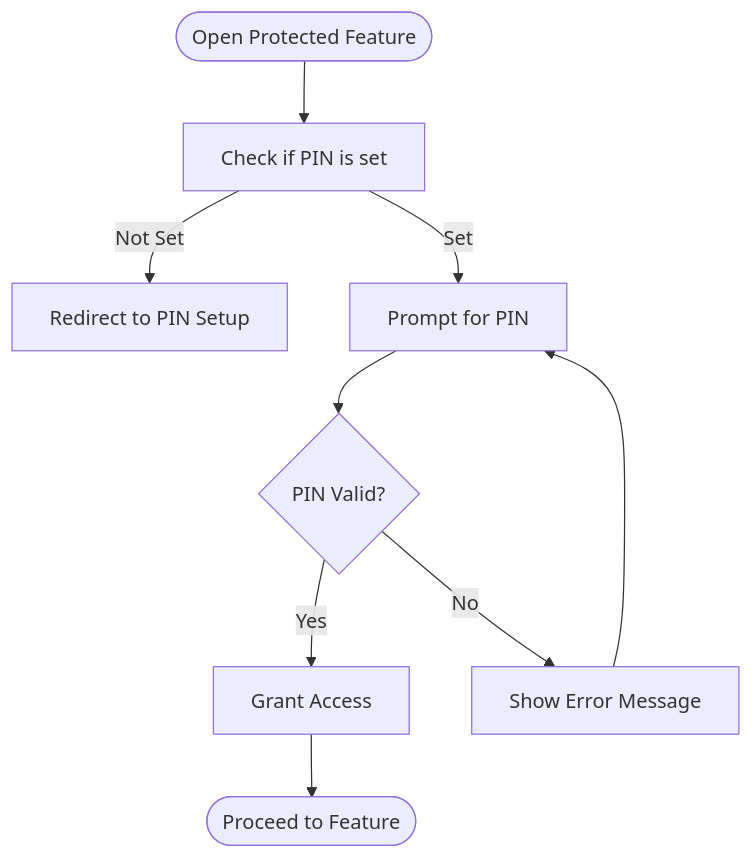
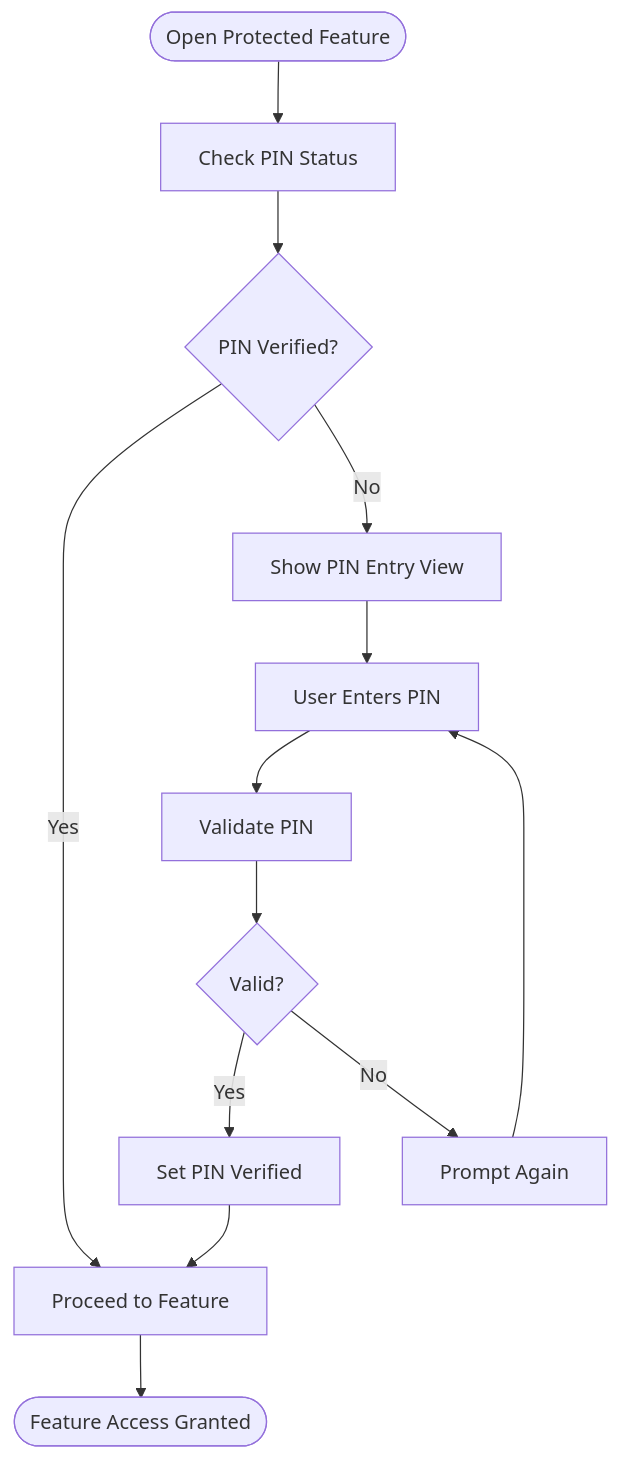
Before and after one commit to weiserman/ahm-gr-scanner-light-mode: the fourth of 6 diagrams in .qoder/repowiki/en/content/Project Overview.md, drawn with Mermaid. The commit also changed other lines of this file and 183 other files, not shown here.

````diff
--- a/.qoder/repowiki/en/content/Project Overview.md
+++ b/.qoder/repowiki/en/content/Project Overview.md
@@ -213,11 +240,15 @@
 ```mermaid
 flowchart TD
-Start(["Open Protected Feature"]) --> CheckPIN["Check if PIN is set"]
-CheckPIN --> |Not Set| SetupPIN["Redirect to PIN Setup"]
-CheckPIN --> |Set| PromptPIN["Prompt for PIN"]
-PromptPIN --> Validate{"PIN Valid?"}
-Validate --> |Yes| GrantAccess["Grant Access"]
-Validate --> |No| ShowError["Show Error Message"]
-ShowError --> PromptPIN
-GrantAccess --> End(["Proceed to Feature"])
+Start(["Open Protected Feature"]) --> CheckPIN["Check PIN Status"]
+CheckPIN --> HasPIN{"PIN Verified?"}
+HasPIN --> |Yes| Proceed["Proceed to Feature"]
+HasPIN --> |No| ShowPIN["Show PIN Entry View"]
+ShowPIN --> InputPIN["User Enters PIN"]
+InputPIN --> ValidatePIN["Validate PIN"]
+ValidatePIN --> Valid{"Valid?"}
+Valid --> |Yes| SetPIN["Set PIN Verified"]
+Valid --> |No| Retry["Prompt Again"]
+Retry --> InputPIN
+SetPIN --> Proceed
+Proceed --> End(["Feature Access Granted"])
 ```
````
